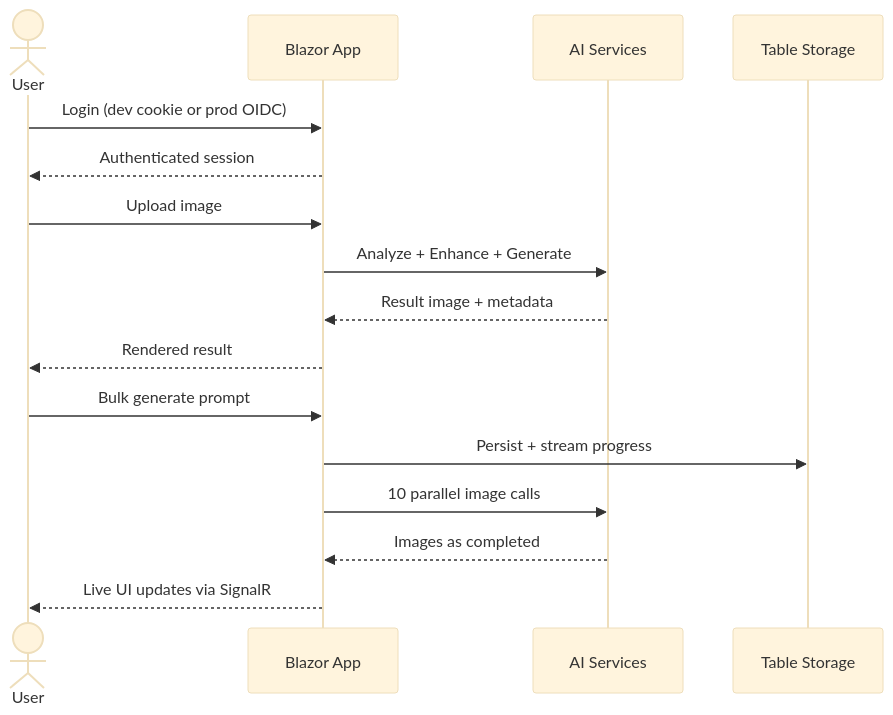
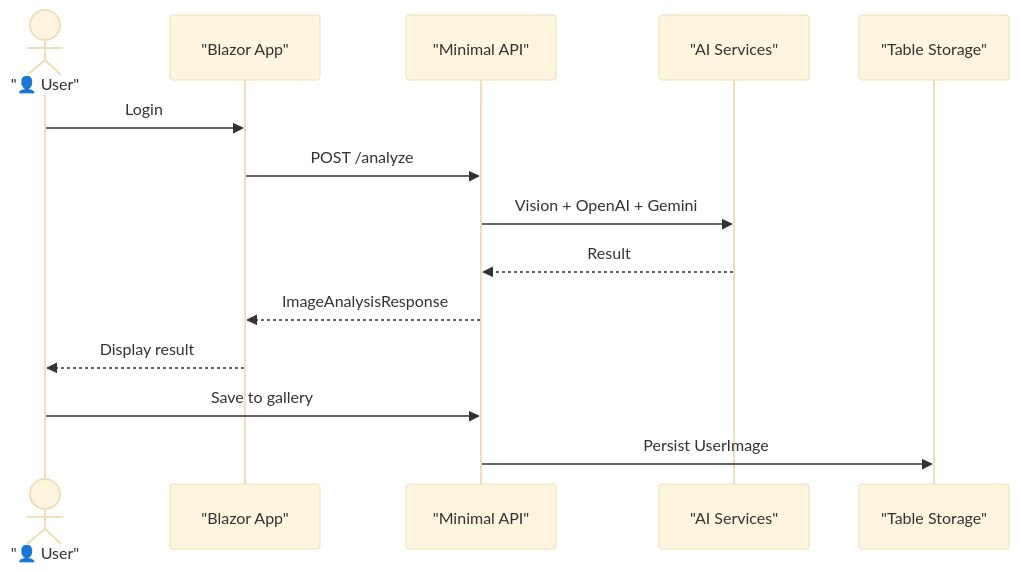
The diagram in docs/SystemFlow_MASTER_SIMPLE.mmd (punkouter26/PoRedoImage), drawn with Mermaid (base theme) before and after one commit. The commit also changed 100 other files, not shown here.

Commit message:
feat: user images gallery, meme/regen results panels, Studio page; fix index-out-of-range in OpenAI service, gallery HTML/JSON guard, BulkGenerate empty prompt guard; update gitignore for screenshots/test-output/lscache

```diff
--- a/docs/SystemFlow_MASTER_SIMPLE.mmd
+++ b/docs/SystemFlow_MASTER_SIMPLE.mmd
@@ -1,19 +1,15 @@
 sequenceDiagram
-    actor U as User
-    participant App as Blazor App
-    participant AI as AI Services
-    participant DB as Table Storage
+    actor User as "👤 User"
+    participant App as "Blazor App"
+    participant API as "Minimal API"
+    participant AI as "AI Services"
+    participant Data as "Table Storage"
 
-    U->>App: Login (dev cookie or prod OIDC)
-    App-->>U: Authenticated session
-
-    U->>App: Upload image
-    App->>AI: Analyze + Enhance + Generate
-    AI-->>App: Result image + metadata
-    App-->>U: Rendered result
-
-    U->>App: Bulk generate prompt
-    App->>DB: Persist + stream progress
-    App->>AI: 10 parallel image calls
-    AI-->>App: Images as completed
-    App-->>U: Live UI updates via SignalR
+    User->>App: Login
+    App->>API: POST /analyze
+    API->>AI: Vision + OpenAI + Gemini
+    AI-->>API: Result
+    API-->>App: ImageAnalysisResponse
+    App-->>User: Display result
+    User->>API: Save to gallery
+    API->>Data: Persist UserImage
```
